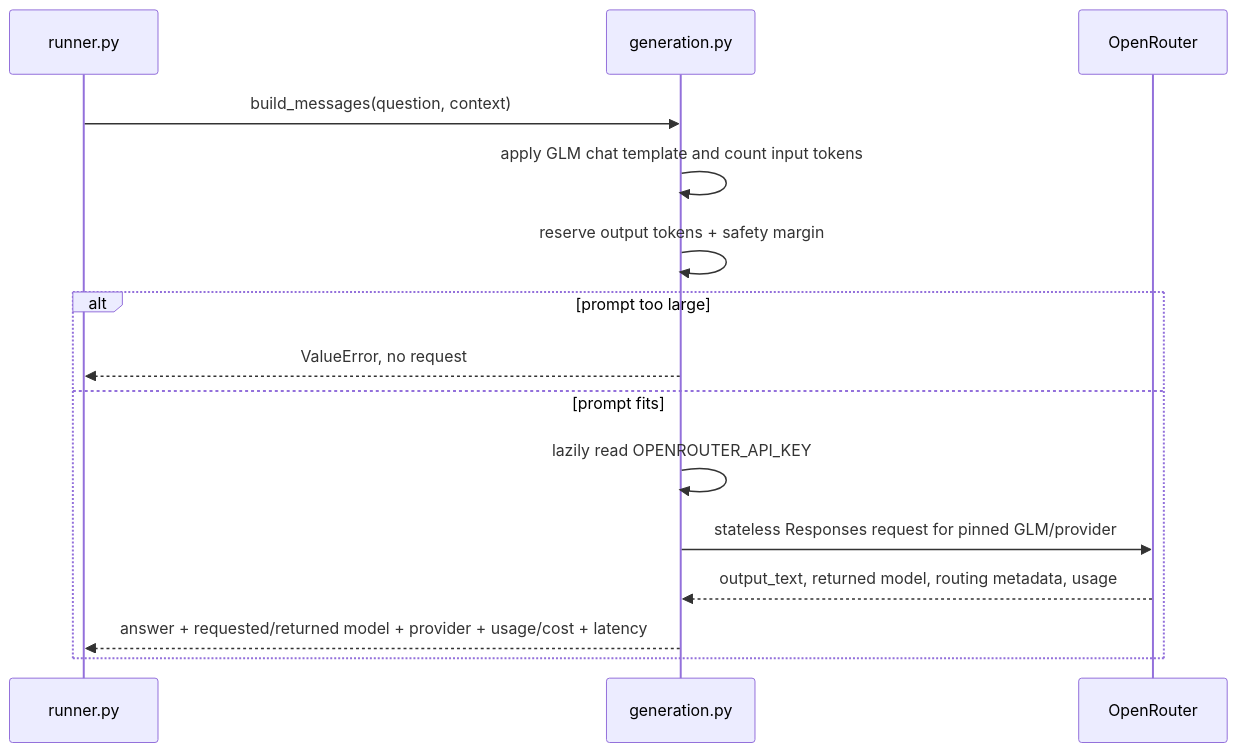
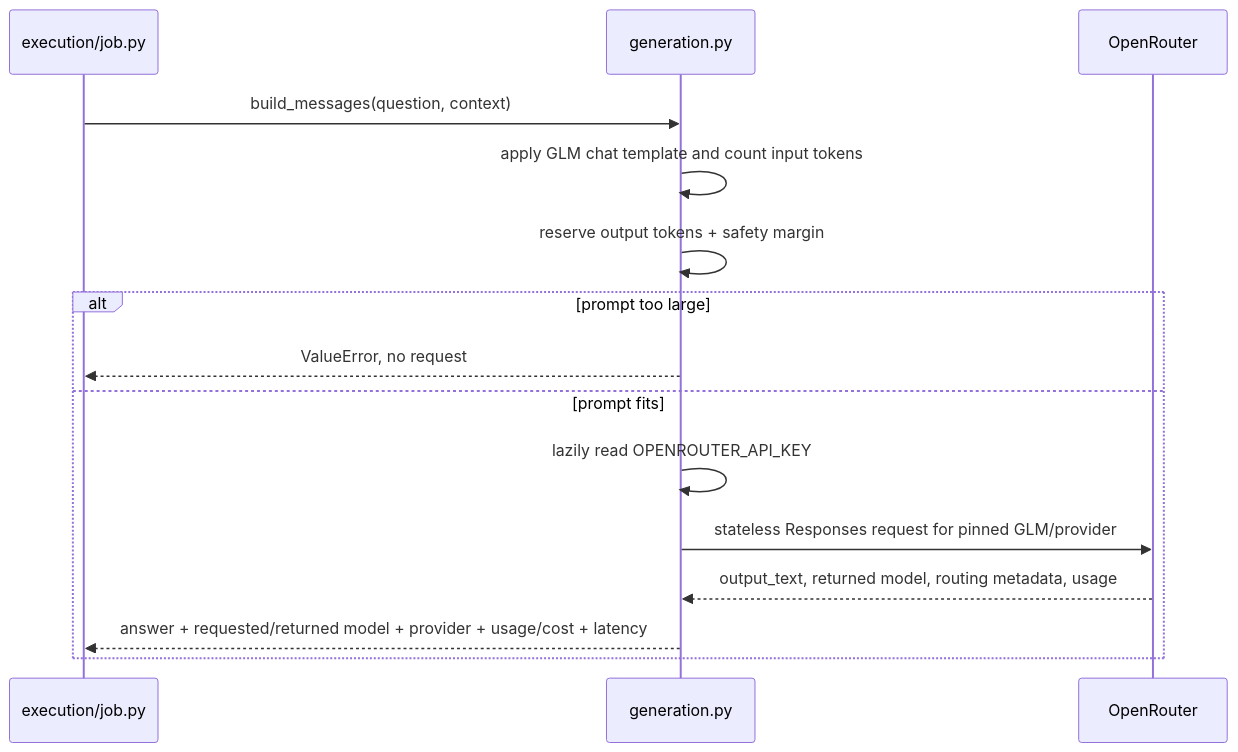
The fifth of 9 diagrams in docs sys design/benchmark/FinanceBench Implementation Guide.md (14zhasim/Agentic_RAG), drawn with Mermaid before and after one commit. The commit also changed other lines of this file and 86 other files, not shown here.

````diff
--- a/docs sys design/benchmark/FinanceBench Implementation Guide.md
+++ b/docs sys design/benchmark/FinanceBench Implementation Guide.md
@@ -409,17 +631,17 @@
 ```mermaid
 sequenceDiagram
-    participant R as runner.py
+    participant R as execution/job.py
     participant G as generation.py
     participant O as OpenRouter
     R->>G: build_messages(question, context)
     G->>G: apply GLM chat template and count input tokens
     G->>G: reserve output tokens + safety margin
     alt prompt too large
         G-->>R: ValueError, no request
     else prompt fits
         G->>G: lazily read OPENROUTER_API_KEY
         G->>O: stateless Responses request for pinned GLM/provider
         O-->>G: output_text, returned model, routing metadata, usage
         G-->>R: answer + requested/returned model + provider + usage/cost + latency
     end
 ```
````
